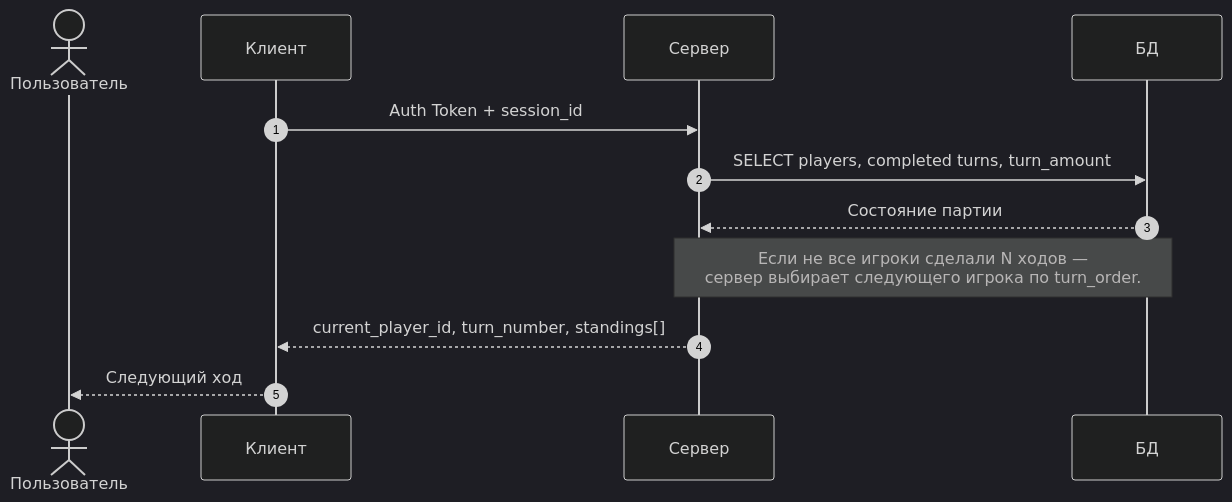
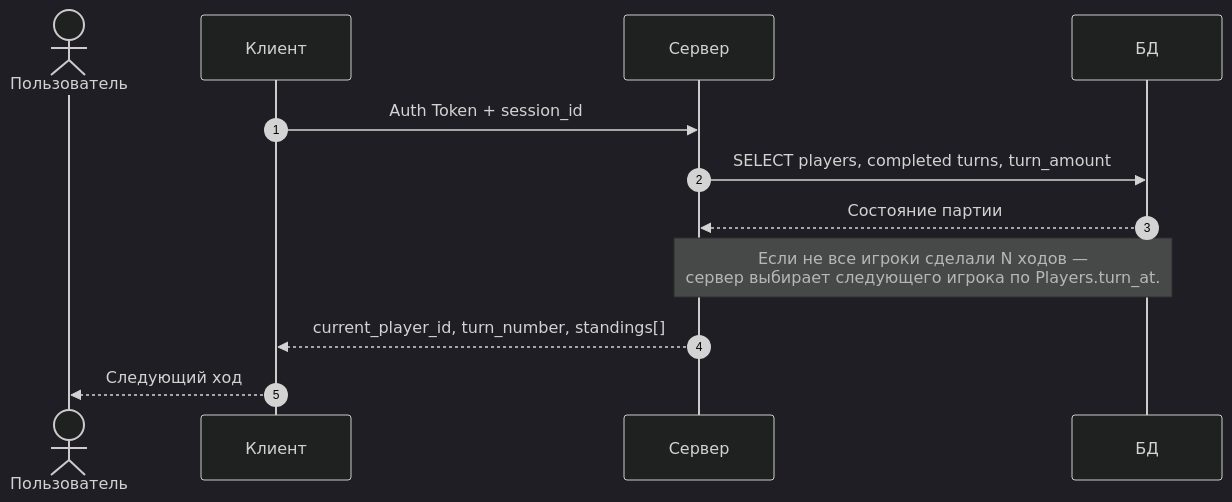
Diagram 12 of 14 in docs/api-schema.md (seventwogth/databases-itmo), drawn with Mermaid (dark theme) before and after one commit. The commit also changed other lines of this file and 2 other files, not shown here.

First line of the commit message:
docs: align SQL functions with real DB schema, add game rules

````diff
--- a/docs/api-schema.md
+++ b/docs/api-schema.md
@@ -233,15 +235,15 @@
 ```mermaid
 sequenceDiagram
     autonumber
     actor U as Пользователь
     participant C as Клиент
     participant S as Сервер
     participant DB as БД
 
     C->>S: Auth Token + session_id
     S->>DB: SELECT players, completed turns, turn_amount
     DB-->>S: Состояние партии
-    Note over S,DB: Если не все игроки сделали N ходов —<br/>сервер выбирает следующего игрока по turn_order.
+    Note over S,DB: Если не все игроки сделали N ходов —<br/>сервер выбирает следующего игрока по Players.turn_at.
     S-->>C: current_player_id, turn_number, standings[]
     C-->>U: Следующий ход
 ```
````
